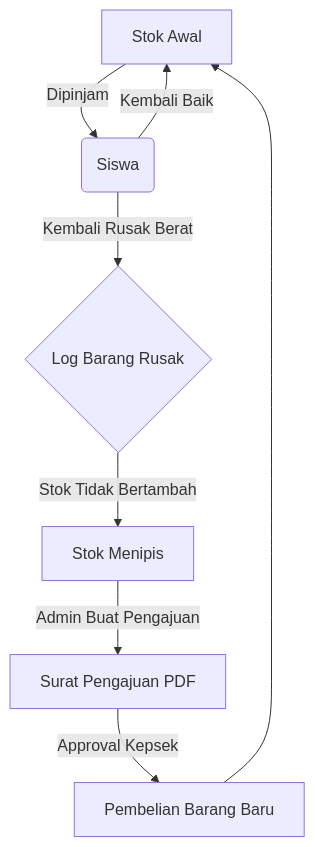
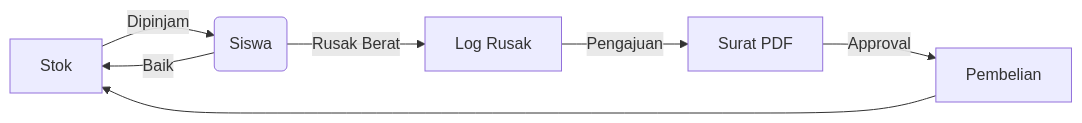
Before and after one commit to trixxsobased/inventra: the first of 2 diagrams in README.md, drawn with Mermaid. The commit also changed other lines of this file and 27 other files, not shown here.

````diff
--- a/README.md
+++ b/README.md
@@ -48,10 +31,9 @@
 ```mermaid
-graph TD
-    A[Stok Awal] -->|Dipinjam| B(Siswa)
-    B -->|Kembali Baik| A
-    B -->|Kembali Rusak Berat| C{Log Barang Rusak}
-    C -->|Stok Tidak Bertambah| D[Stok Menipis]
-    D -->|Admin Buat Pengajuan| E[Surat Pengajuan PDF]
-    E -->|Approval Kepsek| F[Pembelian Barang Baru]
-    F --> A
+graph LR
+    A[Stok] -->|Dipinjam| B(Siswa)
+    B -->|Baik| A
+    B -->|Rusak Berat| C[Log Rusak]
+    C -->|Pengajuan| D[Surat PDF]
+    D -->|Approval| E[Pembelian]
+    E --> A
 ```
````
